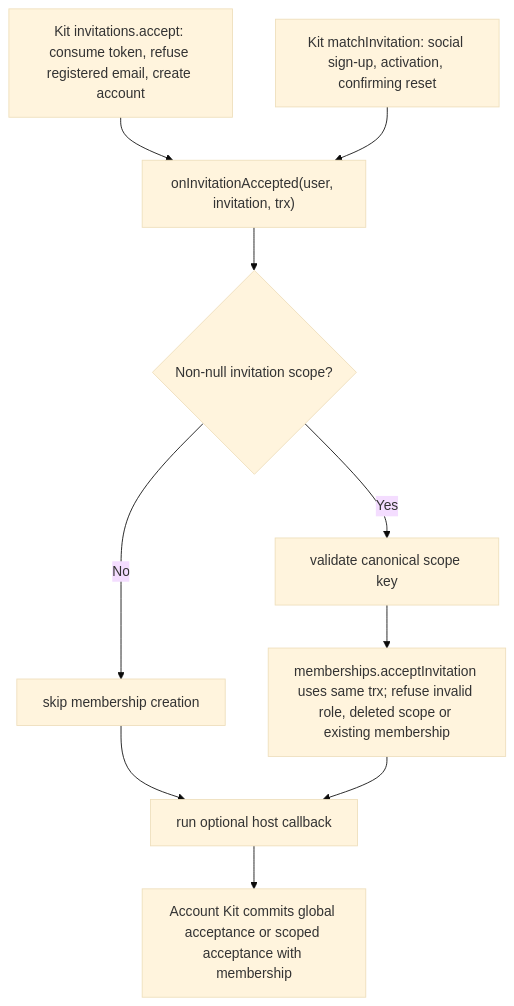
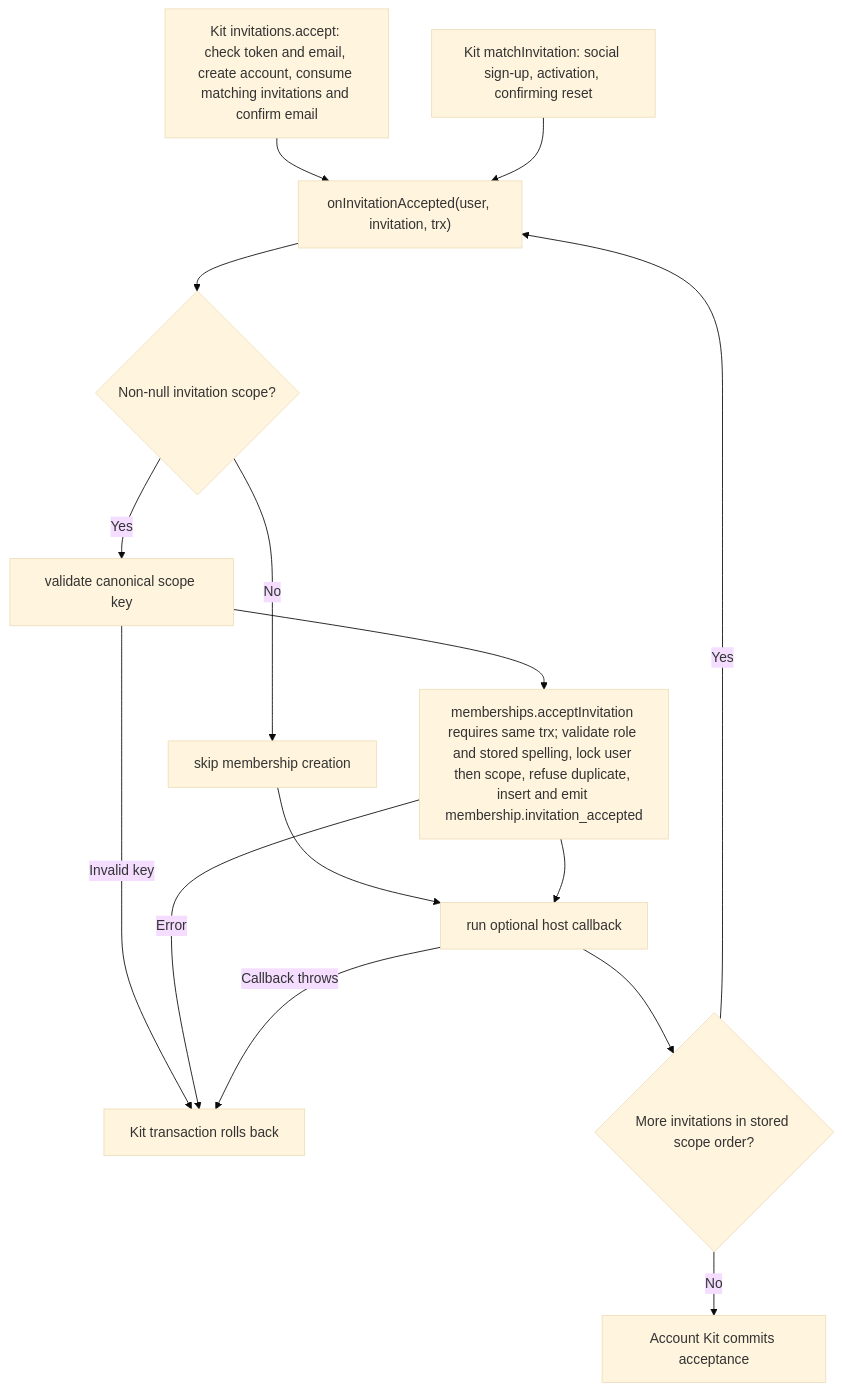
One commit to Kevinjohn/oss-adonisjs-access-control changed the second of 2 diagrams in user-stories/US-ACCESS-10-accept-invitation.md. Above: the diagram before and after it, drawn with Mermaid (base theme). The commit also changed other lines of this file and 31 other files, not shown here.

````diff
--- a/user-stories/US-ACCESS-10-accept-invitation.md
+++ b/user-stories/US-ACCESS-10-accept-invitation.md
@@ -42,12 +47,17 @@
 ```mermaid
 flowchart TD
-    K1["Kit invitations.accept: consume token, refuse registered email, create account"] --> A
+    K1["Kit invitations.accept: check token and email, create account, consume matching invitations and confirm email"] --> A
     K2["Kit matchInvitation: social sign-up, activation, confirming reset"] --> A
     A["onInvitationAccepted(user, invitation, trx)"] --> B{"Non-null invitation scope?"}
     B -->|No| C["skip membership creation"]
     C --> F
     B -->|Yes| D["validate canonical scope key"]
-    D --> E["memberships.acceptInvitation uses same trx; refuse invalid role, deleted scope or existing membership"]
+    D --> E["memberships.acceptInvitation requires same trx; validate role and stored spelling, lock user then scope, refuse duplicate, insert and emit membership.invitation_accepted"]
+    D -->|Invalid key| X["Kit transaction rolls back"]
+    E -->|Error| X
     E --> F["run optional host callback"]
-    F --> G["Account Kit commits global acceptance or scoped acceptance with membership"]
+    F -->|Callback throws| X
+    F --> N{"More invitations in stored scope order?"}
+    N -->|Yes| A
+    N -->|No| G["Account Kit commits acceptance"]
 ```
````
